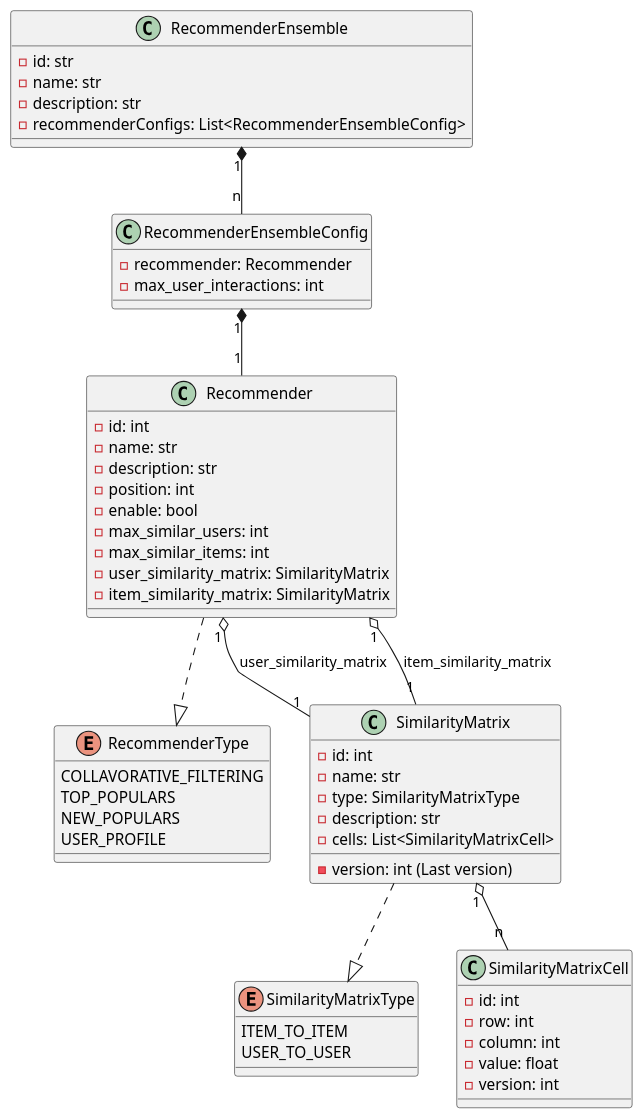
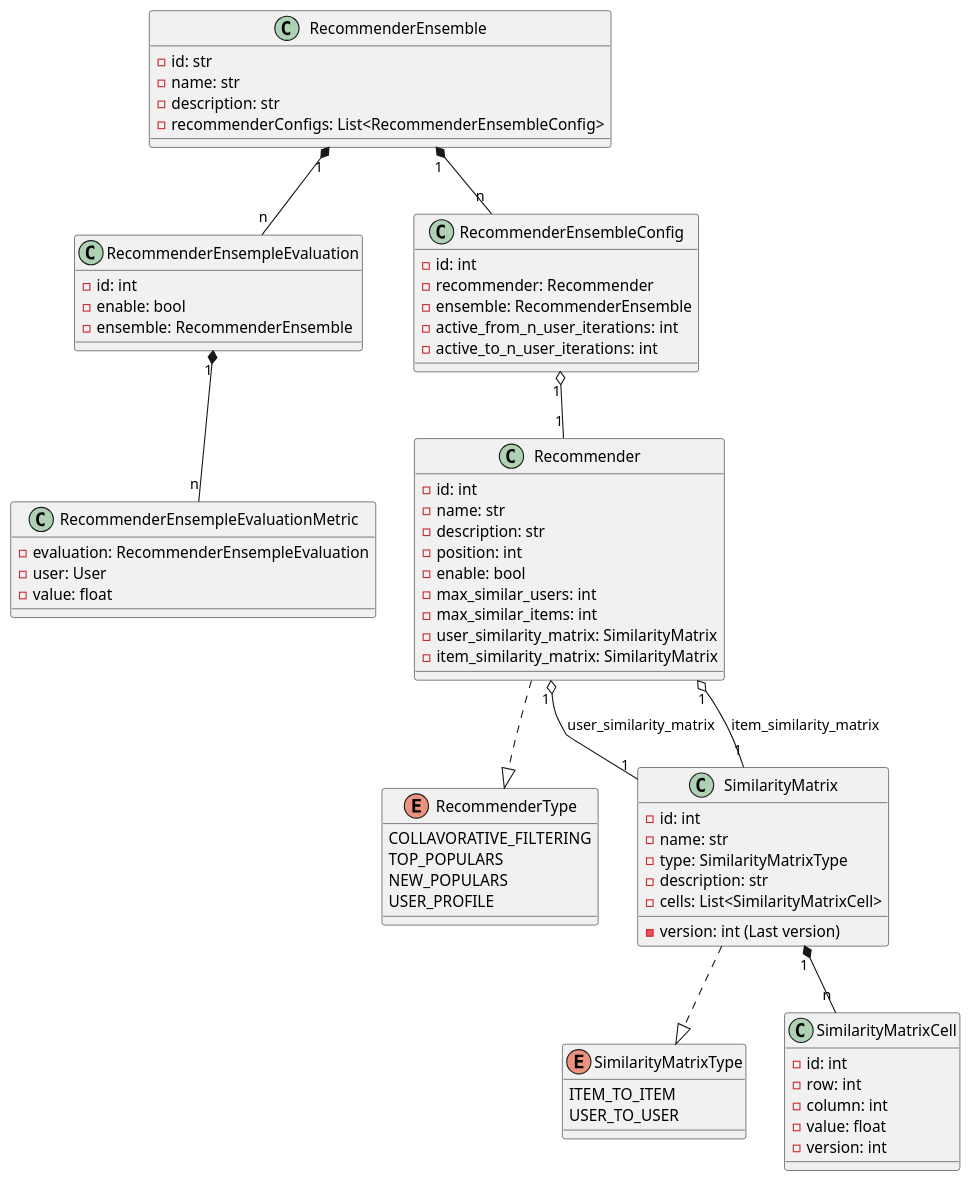
One commit to magistery-tps/rec-sys-client-lib changed the diagram in diagrams/models.puml. Above: the diagram before and after it, drawn with PlantUML. The commit also changed 6 other files, not shown here.

```diff
--- a/diagrams/models.puml
+++ b/diagrams/models.puml
@@ -1,68 +1,88 @@
-@startuml
+@startuml Persistece Model
+class RecommenderEnsempleEvaluation {
+    - id: int
+    - enable: bool
+    - ensemble: RecommenderEnsemble
+}
+
+class RecommenderEnsempleEvaluationMetric {
+    - evaluation: RecommenderEnsempleEvaluation
+    - user: User
+    - value: float
+}
+
+
+RecommenderEnsemble "1" *-- "n" RecommenderEnsempleEvaluation
+
+RecommenderEnsempleEvaluation "1" *-- "n" RecommenderEnsempleEvaluationMetric
+
 class Recommender {
     - id: int
     - name: str
     - description: str
     - position: int
     - enable: bool
     - max_similar_users: int
     - max_similar_items: int
     - user_similarity_matrix: SimilarityMatrix
     - item_similarity_matrix: SimilarityMatrix
 }
 
 enum RecommenderType {
     COLLAVORATIVE_FILTERING
     TOP_POPULARS
     NEW_POPULARS
     USER_PROFILE
 }
 
 Recommender ..|> RecommenderType
 
 class SimilarityMatrix {
     - id: int
     - name: str
     - type: SimilarityMatrixType
     - description: str
     - version: int (Last version)
     - cells: List<SimilarityMatrixCell>
 }
 
 
 SimilarityMatrix ..|> SimilarityMatrixType
 
 enum SimilarityMatrixType {
     ITEM_TO_ITEM
     USER_TO_USER
 }
 
 class SimilarityMatrixCell {
     - id: int
     - row: int
     - column: int
     - value: float
     - version: int
 }
 
 class RecommenderEnsemble {
     - id: str
     - name: str
     - description: str
     - recommenderConfigs: List<RecommenderEnsembleConfig>
 }
 
 class RecommenderEnsembleConfig {
+    - id: int
     - recommender: Recommender
-    - max_user_interactions: int
+    - ensemble: RecommenderEnsemble
+    - active_from_n_user_iterations: int
+    - active_to_n_user_iterations: int
 }
 
 RecommenderEnsemble "1" *-- "n" RecommenderEnsembleConfig
-RecommenderEnsembleConfig "1" *-- "1" Recommender
+RecommenderEnsembleConfig "1" o-- "1" Recommender
 
 
-SimilarityMatrix "1" o-- "n" SimilarityMatrixCell
+SimilarityMatrix "1" *-- "n" SimilarityMatrixCell
 
 Recommender "1" o-- "1" SimilarityMatrix: user_similarity_matrix
 Recommender "1" o-- "1" SimilarityMatrix: item_similarity_matrix
 @enduml
```
